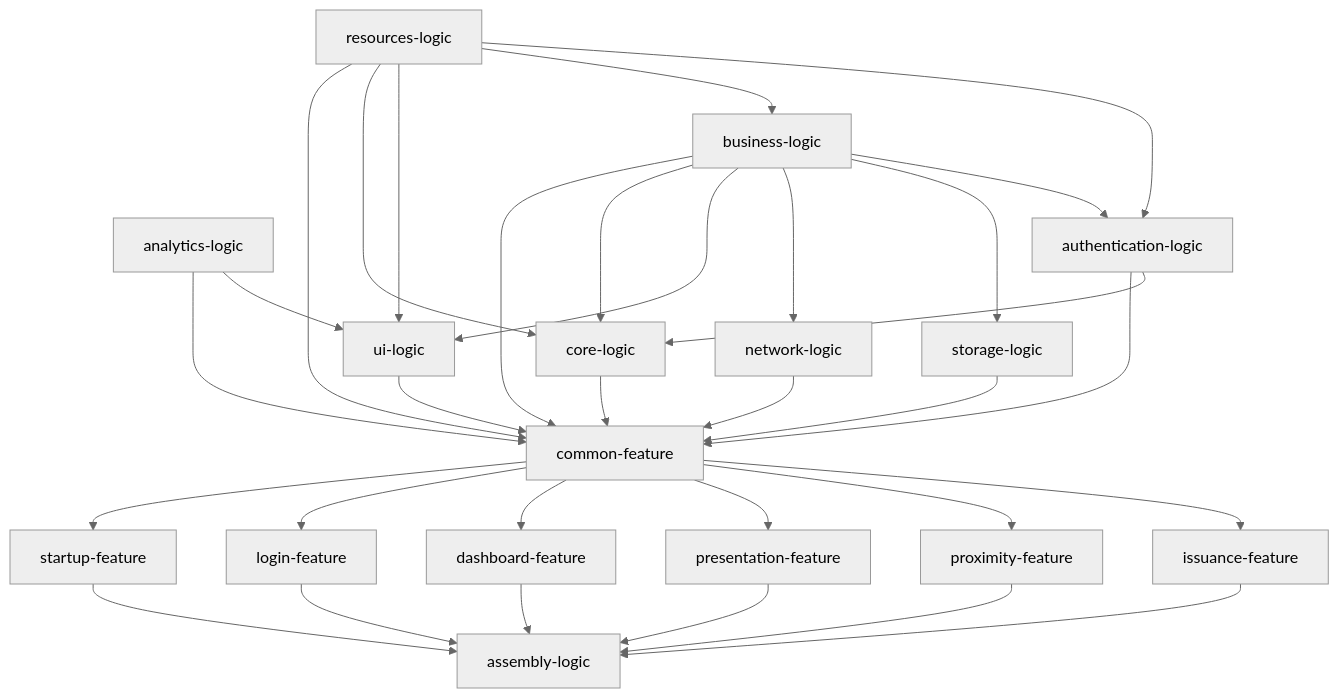
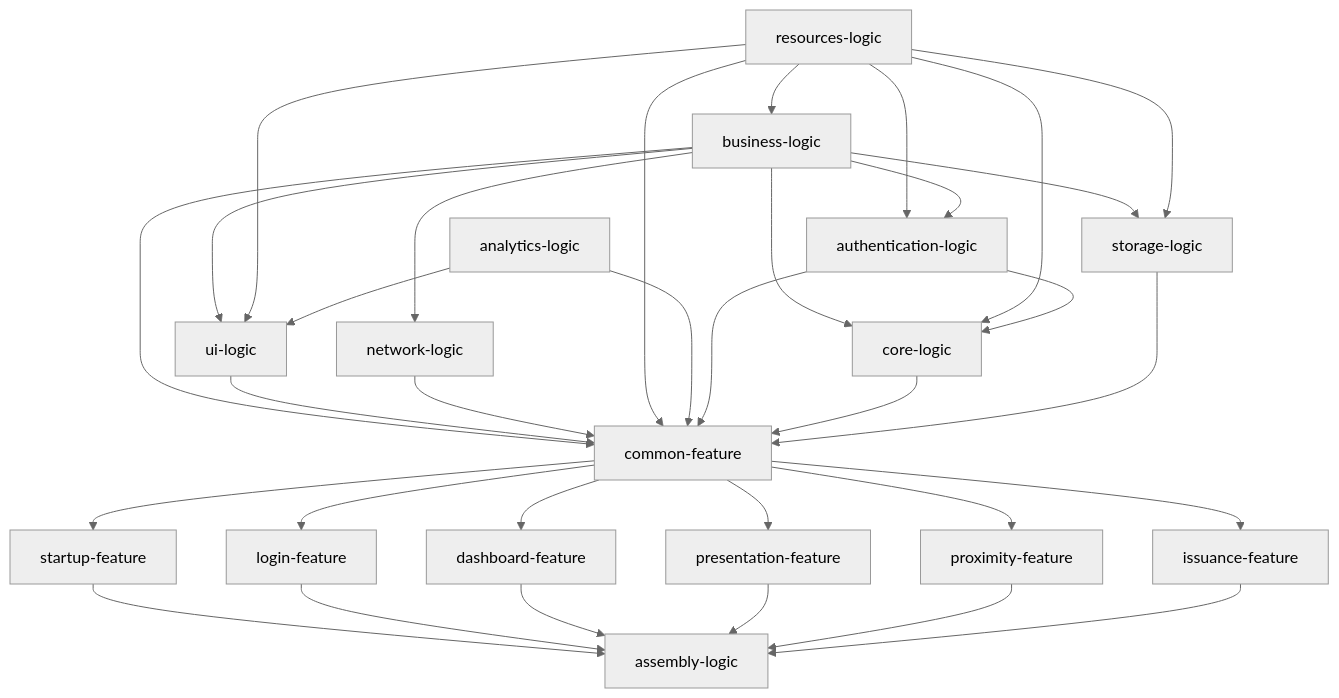
The diagram in README.md (eu-digital-identity-wallet/eudi-app-android-wallet-ui), drawn with Mermaid (neutral theme) before and after one commit.

````diff
--- a/README.md
+++ b/README.md
@@ -221,42 +221,44 @@
 ```mermaid
 graph TD;
   startup-feature --> assembly-logic
   login-feature --> assembly-logic
   dashboard-feature --> assembly-logic
   presentation-feature --> assembly-logic
   proximity-feature --> assembly-logic
   issuance-feature --> assembly-logic
 
   common-feature --> startup-feature
   common-feature --> login-feature
   common-feature --> dashboard-feature
   common-feature --> presentation-feature
   common-feature --> proximity-feature
   common-feature --> issuance-feature
 
   business-logic -->common-feature
   ui-logic -->common-feature
   network-logic -->common-feature
   resources-logic -->common-feature
   analytics-logic -->common-feature 
   authentication-logic -->common-feature 
   core-logic -->common-feature
   storage-logic -->common-feature 
 
   business-logic -->core-logic
   resources-logic -->core-logic
   authentication-logic -->core-logic
 
   business-logic -->ui-logic
   resources-logic -->ui-logic
   analytics-logic -->ui-logic
 
   business-logic -->network-logic
   
   business-logic -->storage-logic
 
+  resources-logic -->storage-logic
+
   resources-logic -->business-logic
 
   resources-logic --> authentication-logic
   business-logic --> authentication-logic
 ```
````
